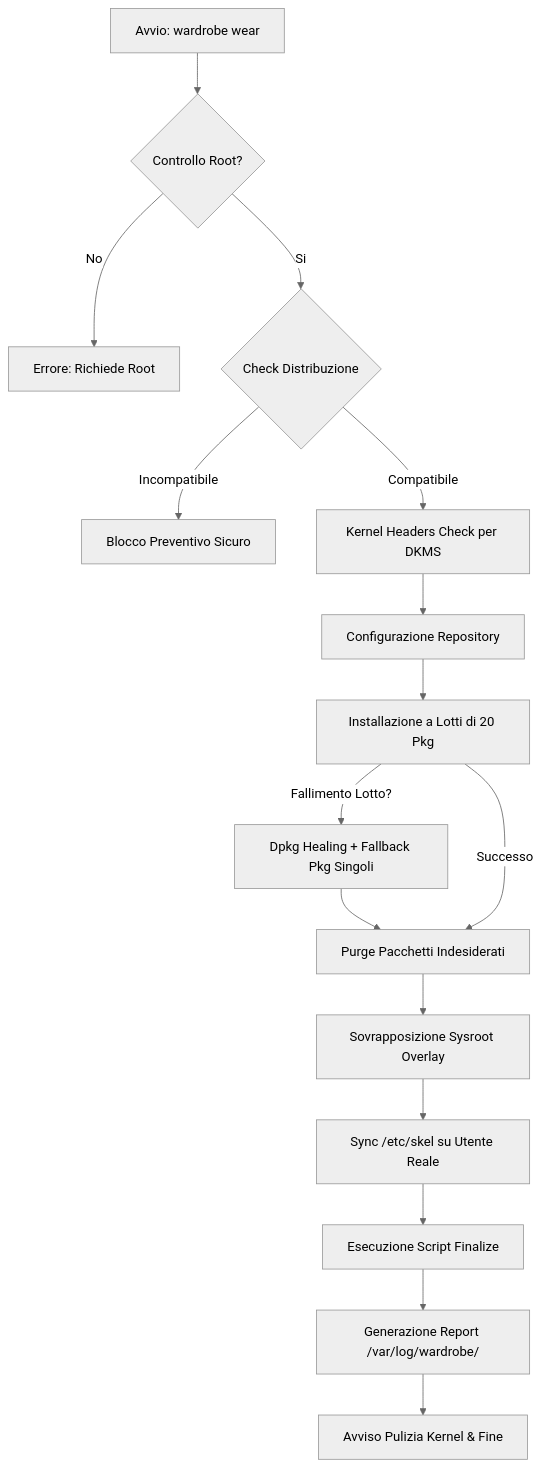
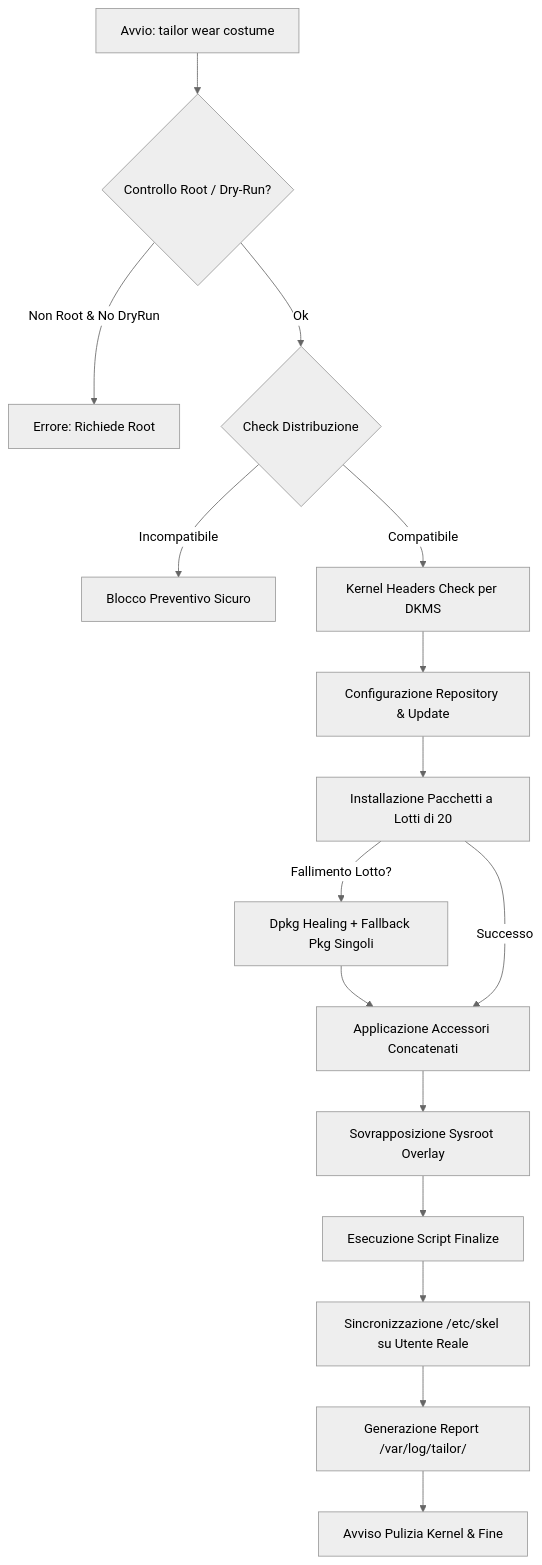
Before and after one commit to pieroproietti/penguins-wardrobe: the diagram in v2/DOCS/wardrobe-users-guide.md, drawn with Mermaid (neutral theme). The commit also changed other lines of this file and 1 other file, not shown here.

````diff
--- a/v2/DOCS/wardrobe-users-guide.md
+++ b/v2/DOCS/wardrobe-users-guide.md
@@ -312,18 +364,18 @@
 ```mermaid
 flowchart TD
-    A[Avvio: wardrobe wear] --> B{Controllo Root?}
-    B -- No --> B1[Errore: Richiede Root]
-    B -- Si --> C{Check Distribuzione}
+    A[Avvio: tailor wear costume] --> B{Controllo Root / Dry-Run?}
+    B -- Non Root & No DryRun --> B1[Errore: Richiede Root]
+    B -- Ok --> C{Check Distribuzione}
     C -- Incompatibile --> C1[Blocco Preventivo Sicuro]
     C -- Compatibile --> D[Kernel Headers Check per DKMS]
-    D --> E[Configurazione Repository]
-    E --> F[Installazione a Lotti di 20 Pkg]
+    D --> E[Configurazione Repository & Update]
+    E --> F[Installazione Pacchetti a Lotti di 20]
     F -- Fallimento Lotto? --> G[Dpkg Healing + Fallback Pkg Singoli]
-    G --> H[Purge Pacchetti Indesiderati]
+    G --> H[Applicazione Accessori Concatenati]
     F -- Successo --> H
     H --> I[Sovrapposizione Sysroot Overlay]
-    I --> J[Sync /etc/skel su Utente Reale]
-    J --> K[Esecuzione Script Finalize]
-    K --> L[Generazione Report /var/log/wardrobe/]
+    I --> J[Esecuzione Script Finalize]
+    J --> K[Sincronizzazione /etc/skel su Utente Reale]
+    K --> L[Generazione Report /var/log/tailor/]
     L --> M[Avviso Pulizia Kernel & Fine]
 ```
````
